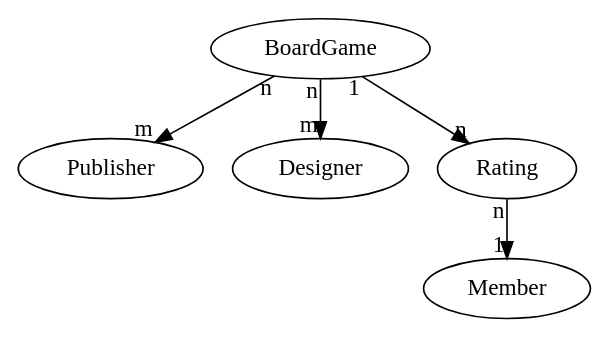
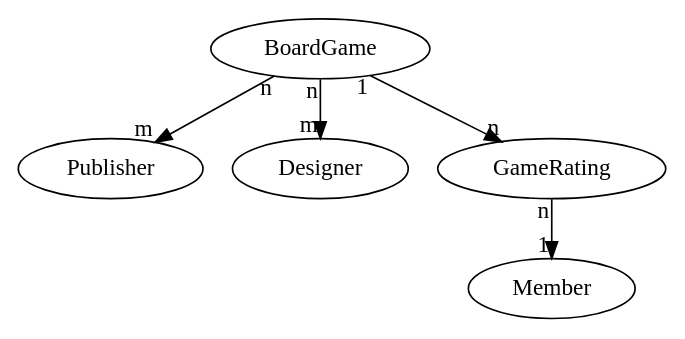
One commit to walmartlabs/lacinia changed the diagram in docs/tutorial/domain.rst. Above: the diagram before and after it, drawn with Graphviz. The commit also changed 2 other files, not shown here.

Commit message:
New tutorial chapter: rate_game mutation

```diff
--- a/docs/tutorial/domain.rst
+++ b/docs/tutorial/domain.rst
@@ -10,15 +10,15 @@
 .. graphviz::
 
    digraph {
 
     BoardGame
     Publisher
     Designer
     Member
-    Rating
+    GameRating
 
-    BoardGame -> Rating [taillabel="1", headlabel="n"]
+    BoardGame -> GameRating [taillabel="1", headlabel="n"]
     BoardGame -> {Publisher, Designer} [taillabel="n", headlabel="m"]
-    Rating -> Member [taillabel="n", headlabel="1" ]
+    GameRating -> Member [taillabel="n", headlabel="1" ]
 
    }
```
